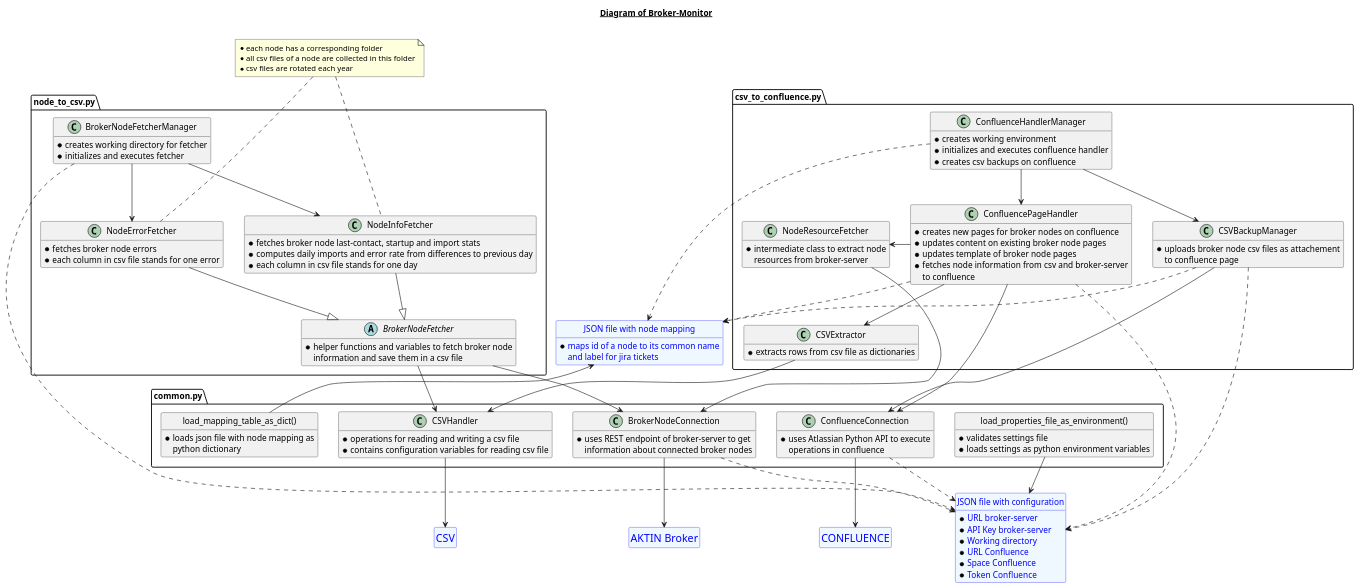
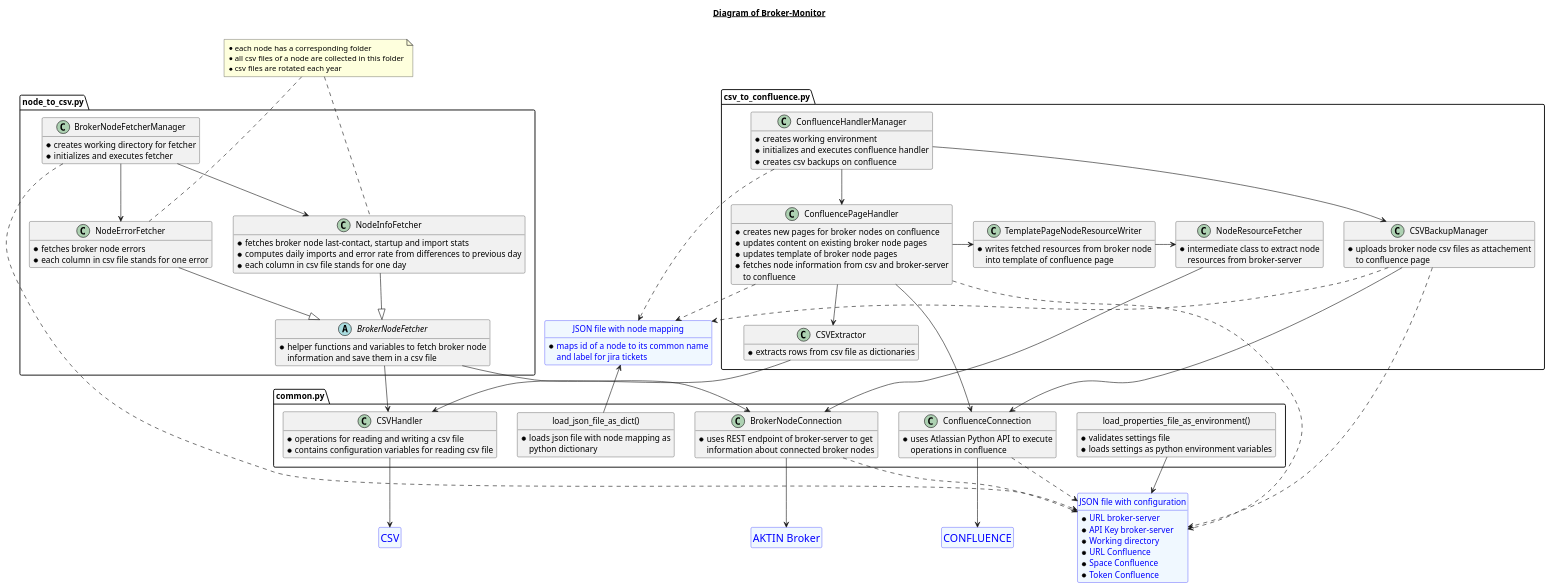
Before and after one commit to alexkombie/AKTIN_broker_monitor: the diagram in docs/architecture/broker-monitor.puml, drawn with PlantUML. The commit also changed 3 other files, not shown here.

Commit message:
some fixes added templatePageNodeResourceHandler to architecture renamed vars and methods for better readability

```diff
--- a/docs/architecture/broker-monitor.puml
+++ b/docs/architecture/broker-monitor.puml
@@ -1,155 +1,161 @@
 @startuml
 hide methods
 
 title __Diagram of Broker-Monitor__\n
 
 entity "<size:18>AKTIN Broker</size>" as broker
 entity broker #aliceblue;line:blue;text:blue
 hide broker members
 hide broker circle
 
 entity "<size:18>CSV</size>" as csv
 entity csv #aliceblue;line:blue;text:blue
 hide csv members
 hide csv circle
 
 entity "<size:18>CONFLUENCE</size>" as confluence
 entity confluence #aliceblue;line:blue;text:blue
 hide confluence members
 hide confluence circle
 
 entity "JSON file with configuration" as settings {
 * URL broker-server
 * API Key broker-server
 * Working directory
 * URL Confluence
 * Space Confluence
 * Token Confluence
 }
 entity settings #aliceblue;line:blue;text:blue
 hide settings circle
 
 entity "JSON file with node mapping" as mapping {
 * maps id of a node to its common name
 and label for jira tickets
 }
 entity mapping #aliceblue;line:blue;text:blue
 hide mapping circle
 
 package "node_to_csv.py" as node_to_csv <<Package>> {
 class BrokerNodeFetcherManager {
 * creates working directory for fetcher
 * initializes and executes fetcher
 }
 
 abstract class BrokerNodeFetcher {
 * helper functions and variables to fetch broker node
 information and save them in a csv file
 }
 
 class NodeErrorFetcher {
 * fetches broker node errors
 * each column in csv file stands for one error
 }
 
 class NodeInfoFetcher {
 * fetches broker node last-contact, startup and import stats
 * computes daily imports and error rate from differences to previous day
 * each column in csv file stands for one day
 }
 }
 
 package "common.py" as common <<Package>> {
 class "load_properties_file_as_environment()" as read_properties {
 * validates settings file
 * loads settings as python environment variables
 }
 hide read_properties circle
 
-class "load_mapping_table_as_dict()" as load_mapping {
+class "load_json_file_as_dict()" as load_mapping {
 * loads json file with node mapping as
 python dictionary
 }
 hide load_mapping circle
 
 class BrokerNodeConnection {
 * uses REST endpoint of broker-server to get
 information about connected broker nodes
 }
 
 class ConfluenceConnection {
 * uses Atlassian Python API to execute
 operations in confluence
 }
 
 class CSVHandler {
 * operations for reading and writing a csv file
 * contains configuration variables for reading csv file
 }
 }
 
 package "csv_to_confluence.py" as csv_to_confluence {
 class CSVExtractor {
 * extracts rows from csv file as dictionaries
 }
 
 class CSVBackupManager {
 * uploads broker node csv files as attachement
 to confluence page
 }
 
 class NodeResourceFetcher {
 * intermediate class to extract node
 resources from broker-server
+}
+
+class TemplatePageNodeResourceWriter {
+* writes fetched resources from broker node
+into template of confluence page
 }
 
 class ConfluencePageHandler {
 * creates new pages for broker nodes on confluence
 * updates content on existing broker node pages
 * updates template of broker node pages
 * fetches node information from csv and broker-server
 to confluence
 }
 
 class ConfluenceHandlerManager {
 * creates working environment
 * initializes and executes confluence handler
 * creates csv backups on confluence
 }
 }
 
 note "* each node has a corresponding folder\n* all csv files of a node are collected in this folder\n* csv files are rotated each year" as N1
 NodeErrorFetcher .u.. N1
 NodeInfoFetcher .u.. N1
 
 BrokerNodeFetcherManager ..> settings
 BrokerNodeFetcherManager --> NodeInfoFetcher
 BrokerNodeFetcherManager --> NodeErrorFetcher
 NodeInfoFetcher --|> BrokerNodeFetcher
 NodeErrorFetcher --|> BrokerNodeFetcher
 BrokerNodeFetcher --> CSVHandler
 BrokerNodeFetcher --> BrokerNodeConnection
 
 load_mapping -u-> mapping
 ConfluenceHandlerManager --> CSVBackupManager
 ConfluenceHandlerManager --> ConfluencePageHandler
 ConfluenceHandlerManager ..> mapping
 CSVBackupManager ..> mapping
 CSVBackupManager --> ConfluenceConnection
 CSVBackupManager ..> settings
 ConfluencePageHandler ..> mapping
 ConfluencePageHandler ---> ConfluenceConnection
 ConfluencePageHandler ..> settings
-ConfluencePageHandler -> NodeResourceFetcher
+ConfluencePageHandler -> TemplatePageNodeResourceWriter
+TemplatePageNodeResourceWriter -> NodeResourceFetcher
 NodeResourceFetcher --> BrokerNodeConnection
 ConfluencePageHandler --> CSVExtractor
 CSVExtractor --> CSVHandler
 
 read_properties --> settings
 CSVHandler --> csv
 BrokerNodeConnection --> broker
 BrokerNodeConnection ..> settings
 ConfluenceConnection --> confluence
 ConfluenceConnection ..> settings
 
 @enduml
```
